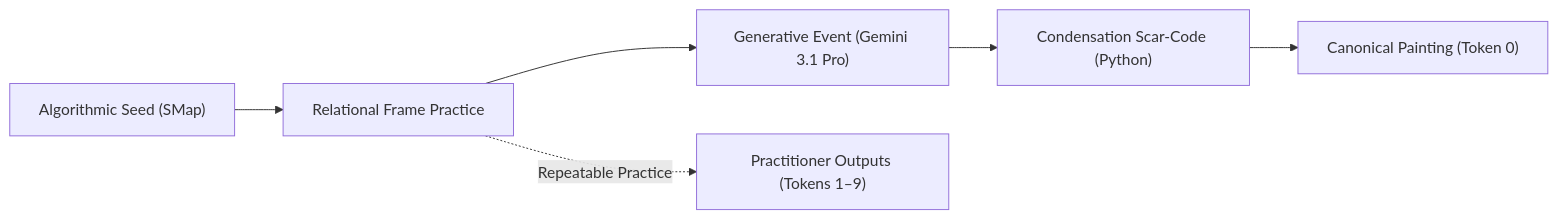
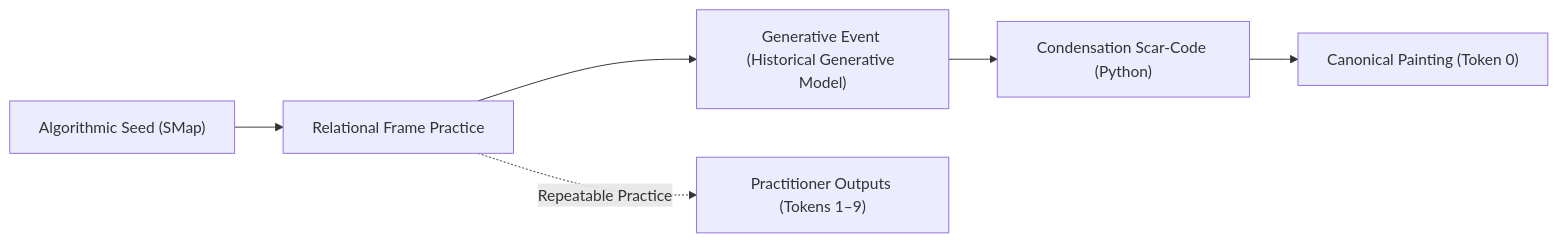
The first of 2 diagrams in 00_PUBLIC/HIEN-SINH_whitepaper.en.md (thienannguyen-cv/hien-sinh-gallery), drawn with Mermaid before and after one commit. The commit also changed other lines of this file and 8 other files, not shown here.

````diff
--- a/00_PUBLIC/HIEN-SINH_whitepaper.en.md
+++ b/00_PUBLIC/HIEN-SINH_whitepaper.en.md
@@ -33,8 +33,8 @@
 ```mermaid
 flowchart LR
     A["Algorithmic Seed (SMap)"] --> B["Relational Frame Practice"]
-    B --> C["Generative Event (Gemini 3.1 Pro)"]
+    B --> C["Generative Event (Historical Generative Model)"]
     C --> D["Condensation Scar-Code (Python)"]
     D --> E["Canonical Painting (Token 0)"]
     B -.->|"Repeatable Practice"| F["Practitioner Outputs (Tokens 1–9)"]
 ```
````
